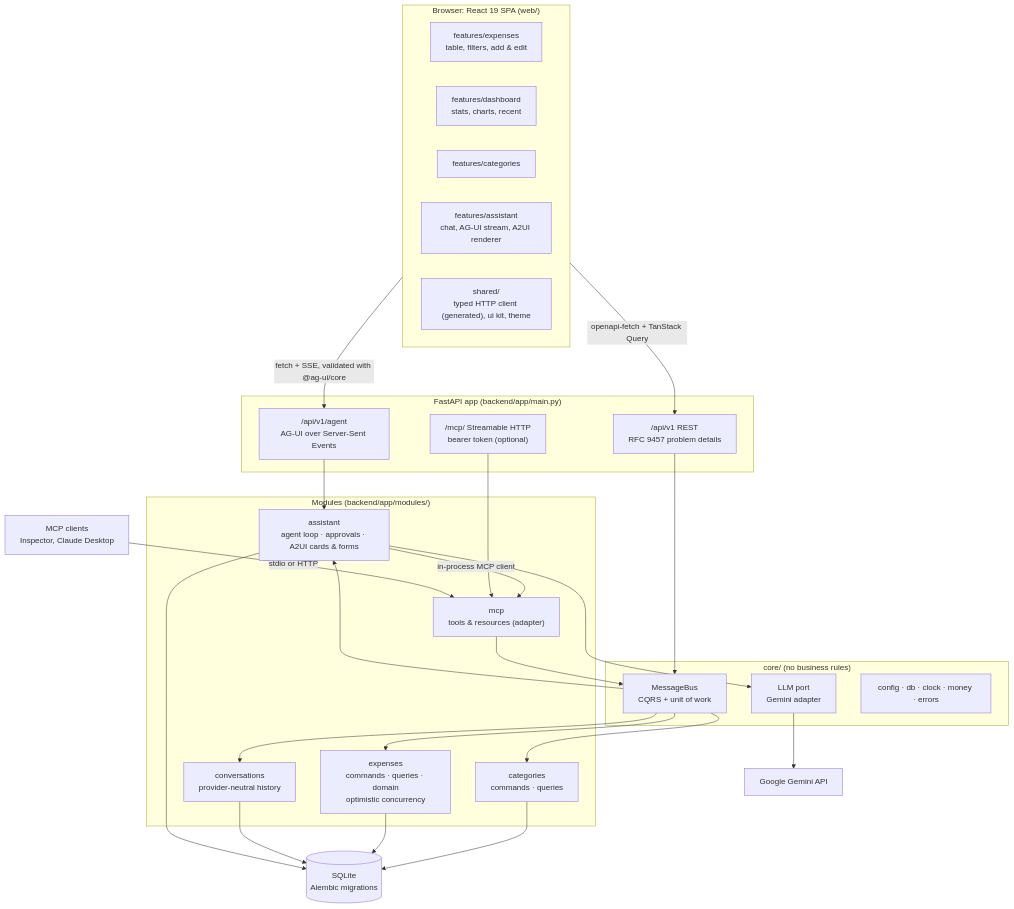
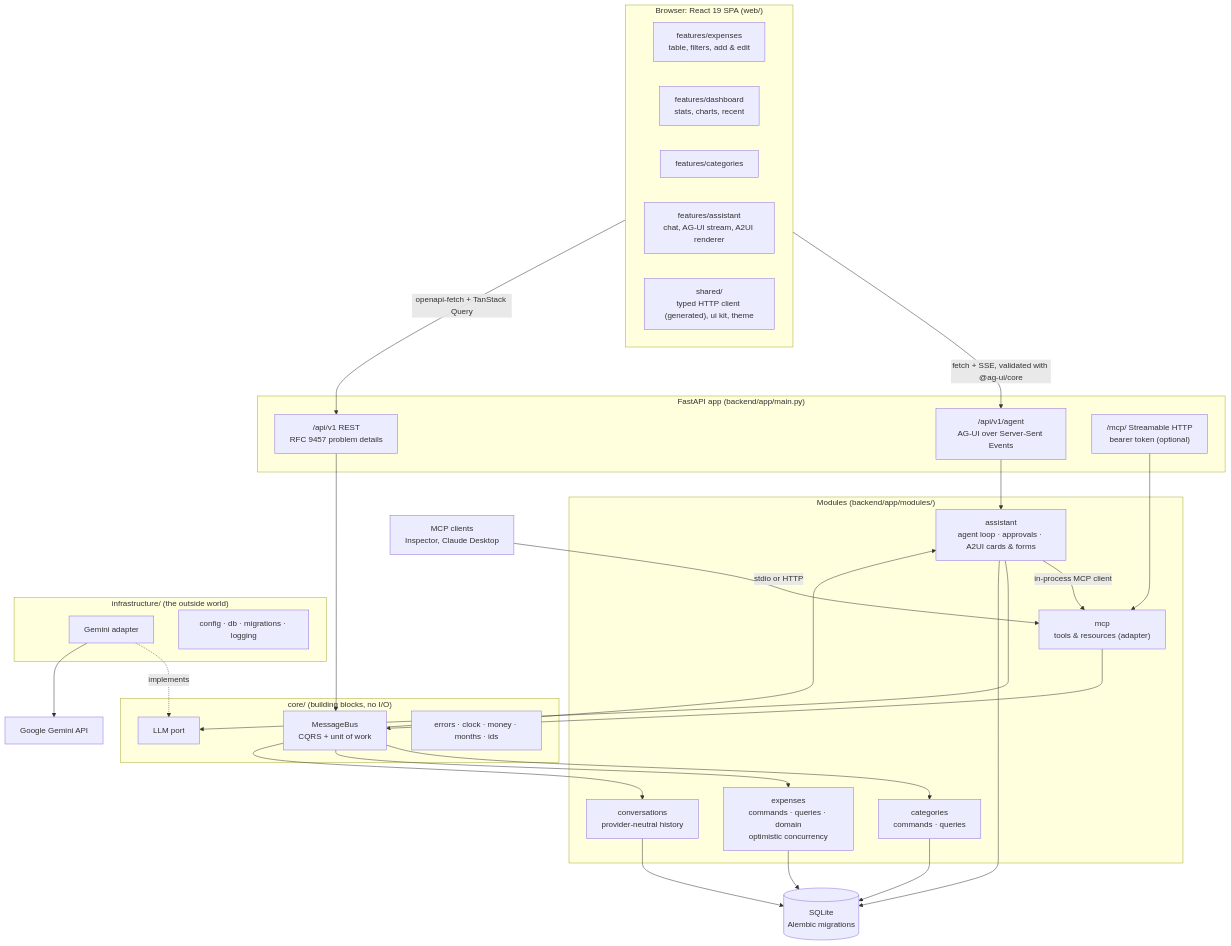
Before and after one commit to sanjeevgnrgy/spendwise: the diagram in README.md, drawn with Mermaid. The commit also changed other lines of this file and 6 other files, not shown here.

````diff
--- a/README.md
+++ b/README.md
@@ -42,48 +42,54 @@
 ```mermaid
 flowchart TD
     subgraph Browser ["Browser: React 19 SPA (web/)"]
         direction LR
         F_EXP["features/expenses<br/>table, filters, add & edit"]
         F_DASH["features/dashboard<br/>stats, charts, recent"]
         F_CAT["features/categories"]
         F_AST["features/assistant<br/>chat, AG-UI stream, A2UI renderer"]
         SHARED["shared/<br/>typed HTTP client (generated), ui kit, theme"]
     end
 
     subgraph Host ["FastAPI app (backend/app/main.py)"]
         REST["/api/v1 REST<br/>RFC 9457 problem details"]
         AGUI["/api/v1/agent<br/>AG-UI over Server-Sent Events"]
         MCPHTTP["/mcp/ Streamable HTTP<br/>bearer token (optional)"]
     end
 
     subgraph Modules ["Modules (backend/app/modules/)"]
         CAT["categories<br/>commands · queries"]
         EXP["expenses<br/>commands · queries · domain<br/>optimistic concurrency"]
         CONV["conversations<br/>provider-neutral history"]
         AST["assistant<br/>agent loop · approvals · A2UI cards & forms"]
         MCP["mcp<br/>tools & resources (adapter)"]
     end
 
-    subgraph Core ["core/ (no business rules)"]
+    subgraph Core ["core/ (building blocks, no I/O)"]
         BUS["MessageBus<br/>CQRS + unit of work"]
-        LLM["LLM port<br/>Gemini adapter"]
-        INFRA["config · db · clock · money · errors"]
+        LLM["LLM port"]
+        VALUES["errors · clock · money · months · ids"]
+    end
+
+    subgraph Infra ["infrastructure/ (the outside world)"]
+        GEMA["Gemini adapter"]
+        INFRA["config · db · migrations · logging"]
     end
 
     DB[("SQLite<br/>Alembic migrations")]
     GEM["Google Gemini API"]
     EXT["MCP clients<br/>Inspector, Claude Desktop"]
 
     Browser -->|"openapi-fetch + TanStack Query"| REST
     F_AST -->|"fetch + SSE, validated with @ag-ui/core"| AGUI
     REST --> BUS
     AGUI --> AST
     AST -->|"in-process MCP client"| MCP
     AST --> LLM
     MCP --> BUS
     MCPHTTP --> MCP
     EXT -->|"stdio or HTTP"| MCP
     BUS --> CAT & EXP & CONV & AST
     CAT & EXP & CONV & AST --> DB
-    LLM --> GEM
+    GEMA -.->|implements| LLM
+    GEMA --> GEM
 ```
````
